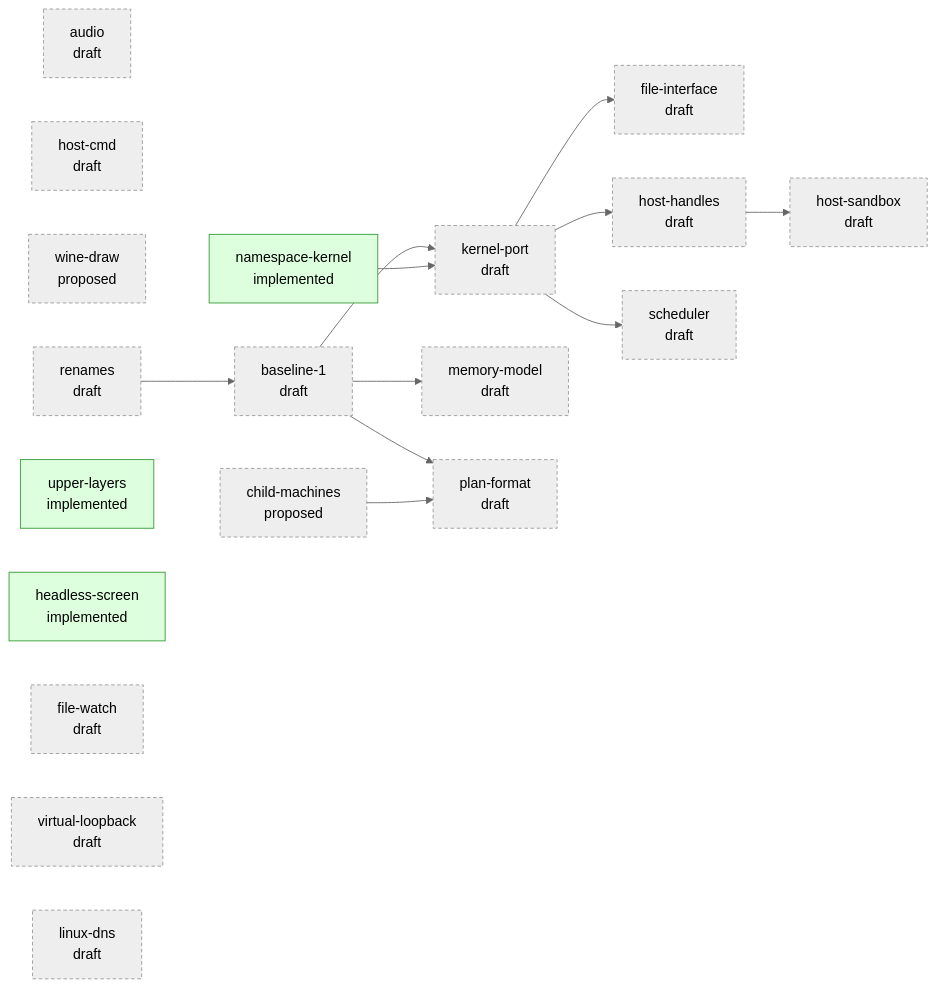
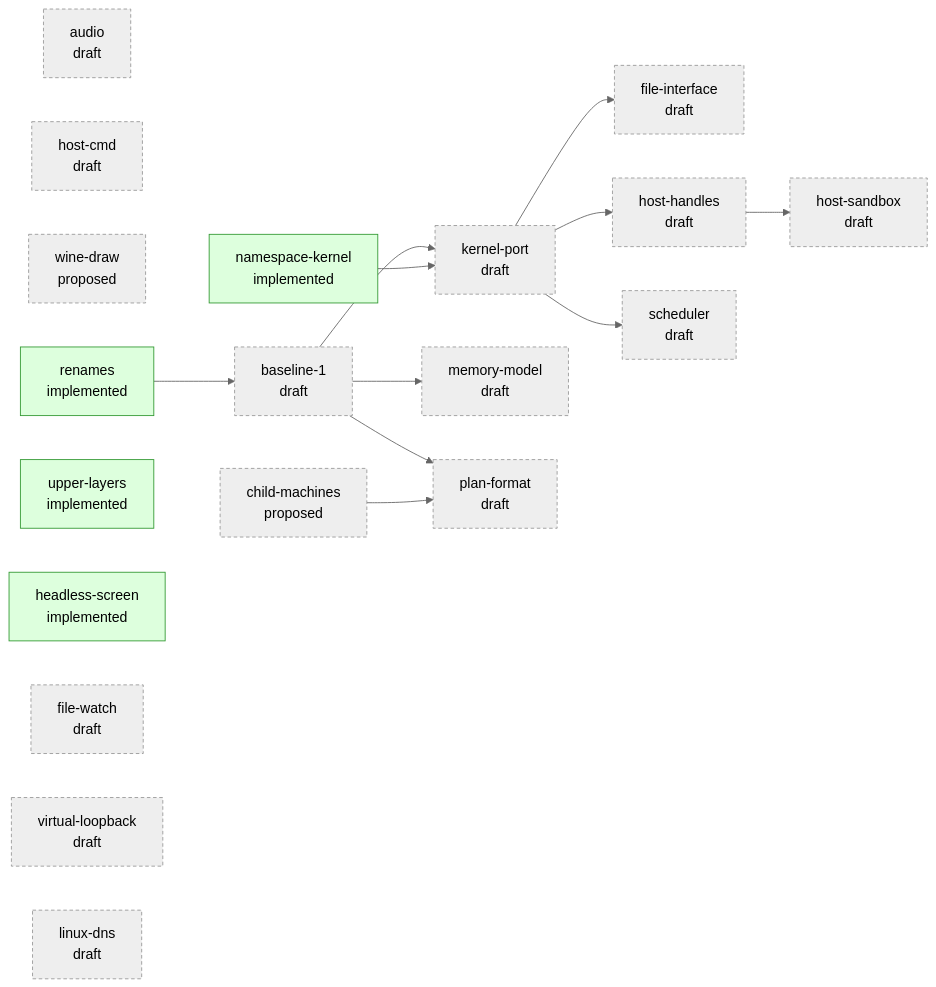
The diagram in design/STATUS.md (progrium/hyper9), drawn with Mermaid (neutral theme) before and after one commit. The commit also changed other lines of this file, not shown here.

````diff
--- a/design/STATUS.md
+++ b/design/STATUS.md
@@ -29,36 +29,36 @@
 ```mermaid
 flowchart LR
   classDef draft stroke-dasharray: 4 3
   classDef accepted stroke-width: 2px
   classDef implemented fill:#dfd,stroke:#393
   classDef closed fill:#eee,stroke:#999,color:#777
   p_host_sandbox["host-sandbox<br/>draft"]:::draft
   p_audio["audio<br/>draft"]:::draft
   p_host_cmd["host-cmd<br/>draft"]:::draft
   p_child_machines["child-machines<br/>proposed"]:::draft
   p_wine_draw["wine-draw<br/>proposed"]:::draft
   p_namespace_kernel["namespace-kernel<br/>implemented"]:::implemented
   p_baseline_1["baseline-1<br/>draft"]:::draft
   p_file_interface["file-interface<br/>draft"]:::draft
   p_host_handles["host-handles<br/>draft"]:::draft
   p_kernel_port["kernel-port<br/>draft"]:::draft
   p_memory_model["memory-model<br/>draft"]:::draft
   p_plan_format["plan-format<br/>draft"]:::draft
-  p_renames["renames<br/>draft"]:::draft
+  p_renames["renames<br/>implemented"]:::implemented
   p_scheduler["scheduler<br/>draft"]:::draft
   p_upper_layers["upper-layers<br/>implemented"]:::implemented
   p_headless_screen["headless-screen<br/>implemented"]:::implemented
   p_file_watch["file-watch<br/>draft"]:::draft
   p_virtual_loopback["virtual-loopback<br/>draft"]:::draft
   p_linux_dns["linux-dns<br/>draft"]:::draft
   p_host_handles --> p_host_sandbox
   p_renames --> p_baseline_1
   p_kernel_port --> p_file_interface
   p_kernel_port --> p_host_handles
   p_baseline_1 --> p_kernel_port
   p_namespace_kernel --> p_kernel_port
   p_baseline_1 --> p_memory_model
   p_baseline_1 --> p_plan_format
   p_child_machines --> p_plan_format
   p_kernel_port --> p_scheduler
 ```
````
